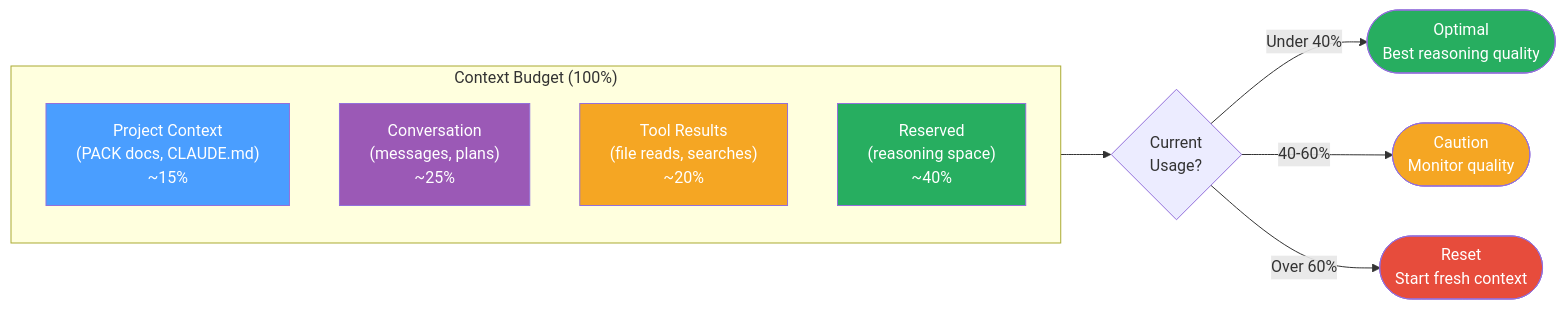
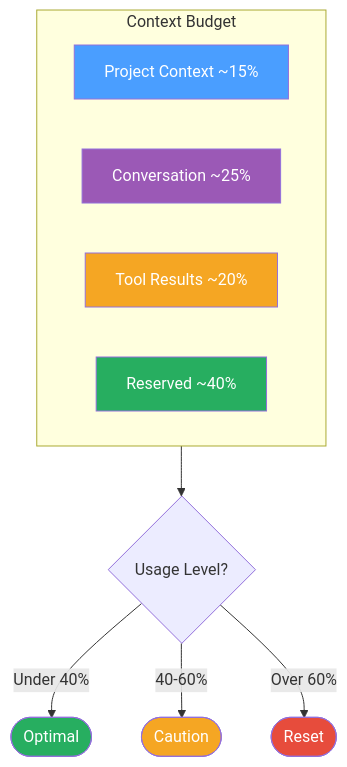
One commit to Alaslani/AI-Framework changed the diagram in docs/diagrams/context-engineering.md. Above: the diagram before and after it, drawn with Mermaid. The commit also changed 7 other files, not shown here.

First line of the commit message:
fix(diagrams): simplify Mermaid diagrams for GitHub rendering

````diff
--- a/docs/diagrams/context-engineering.md
+++ b/docs/diagrams/context-engineering.md
@@ -5,23 +5,22 @@
 ```mermaid
-flowchart LR
-    subgraph Budget["Context Budget (100%)"]
-        direction TB
-        PC["Project Context\n(PACK docs, CLAUDE.md)\n~15%"]
-        CV["Conversation\n(messages, plans)\n~25%"]
-        TR["Tool Results\n(file reads, searches)\n~20%"]
-        RS["Reserved\n(reasoning space)\n~40%"]
+flowchart TD
+    subgraph Budget["Context Budget"]
+        PC["Project Context ~15%"]
+        CV["Conversation ~25%"]
+        TR["Tool Results ~20%"]
+        RS["Reserved ~40%"]
     end
 
-    Budget --> CHECK{Current\nUsage?}
-    CHECK -->|Under 40%| GOOD([Optimal\nBest reasoning quality])
-    CHECK -->|40-60%| WARN([Caution\nMonitor quality])
-    CHECK -->|Over 60%| RESET([Reset\nStart fresh context])
+    Budget --> CHECK{Usage Level?}
+    CHECK -->|Under 40%| GOOD([Optimal])
+    CHECK -->|40-60%| WARN([Caution])
+    CHECK -->|Over 60%| RESET([Reset])
 
     style PC fill:#4a9eff,color:#fff
     style CV fill:#9b59b6,color:#fff
     style TR fill:#f5a623,color:#fff
     style RS fill:#27ae60,color:#fff
     style GOOD fill:#27ae60,color:#fff
     style WARN fill:#f5a623,color:#fff
     style RESET fill:#e74c3c,color:#fff
 ```
````
